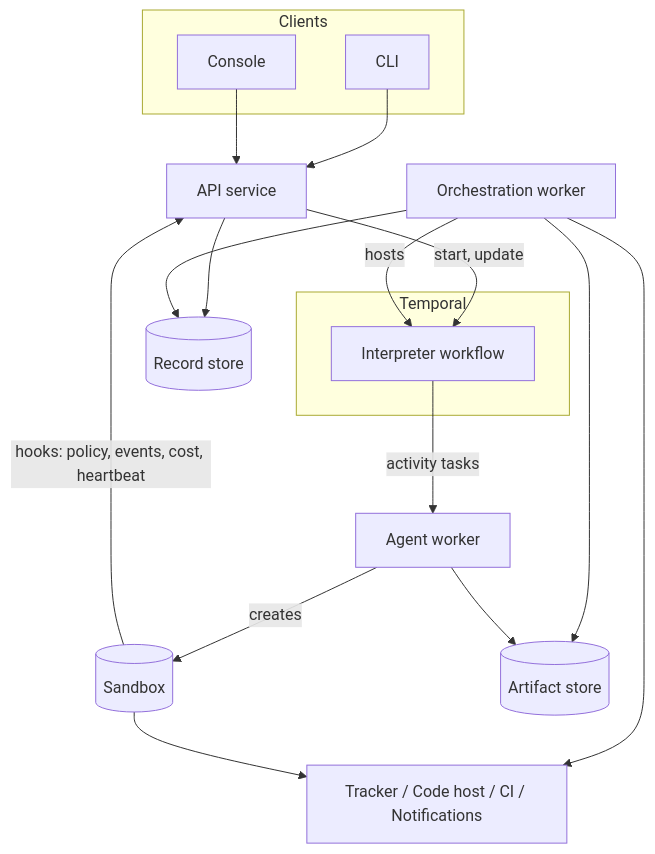
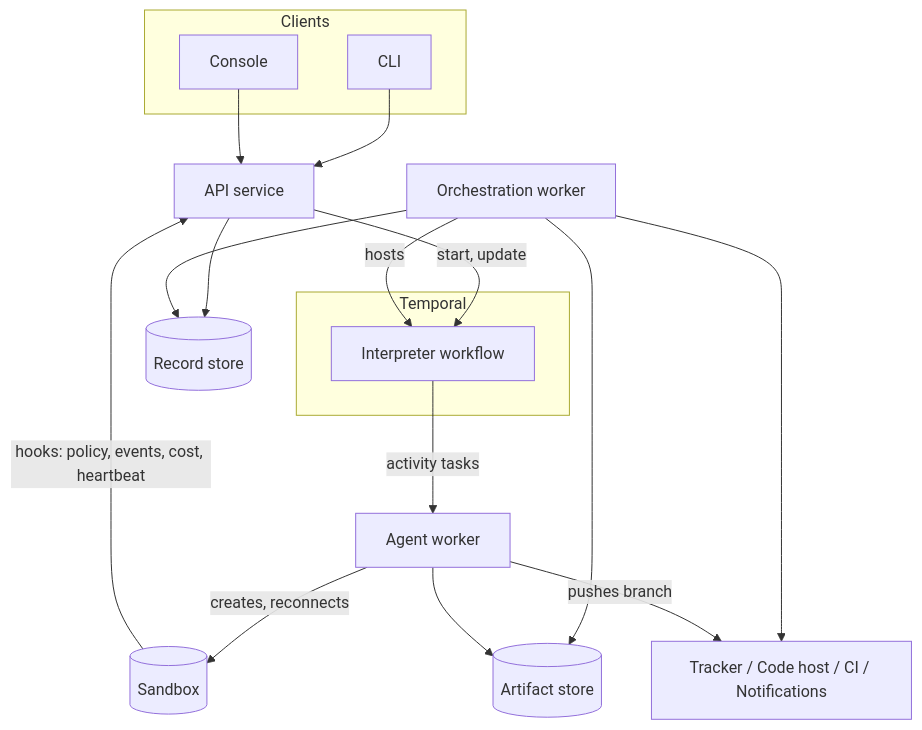
The first of 2 diagrams in docs/01-architecture-first-pass.md (ai-feature-flow/feature-flow-poc), drawn with Mermaid before and after one commit. The commit also changed other lines of this file, not shown here.

First line of the commit message:
Update architecture first pass for the spike results, merge and review designs

````diff
--- a/docs/01-architecture-first-pass.md
+++ b/docs/01-architecture-first-pass.md
@@ -58,31 +74,31 @@
 ```mermaid
 graph TB
     subgraph Clients
       CLI[CLI]
       CON[Console]
     end
     API[API service]
     subgraph Temporal
       WF[Interpreter workflow]
     end
     OW[Orchestration worker]
     AW[Agent worker]
     SB[(Sandbox)]
     AS[(Artifact store)]
     RS[(Record store)]
     EXT[Tracker / Code host / CI / Notifications]
 
     CLI --> API
     CON --> API
     API -->|start, update| WF
     API --> RS
     OW -->|hosts| WF
     OW --> AS
     OW --> RS
     OW --> EXT
     WF -->|activity tasks| AW
-    AW -->|creates| SB
-    SB --> EXT
+    AW -->|creates, reconnects| SB
+    AW -->|pushes branch| EXT
     AW --> AS
     SB -->|hooks: policy, events, cost, heartbeat| API
 ```
````
